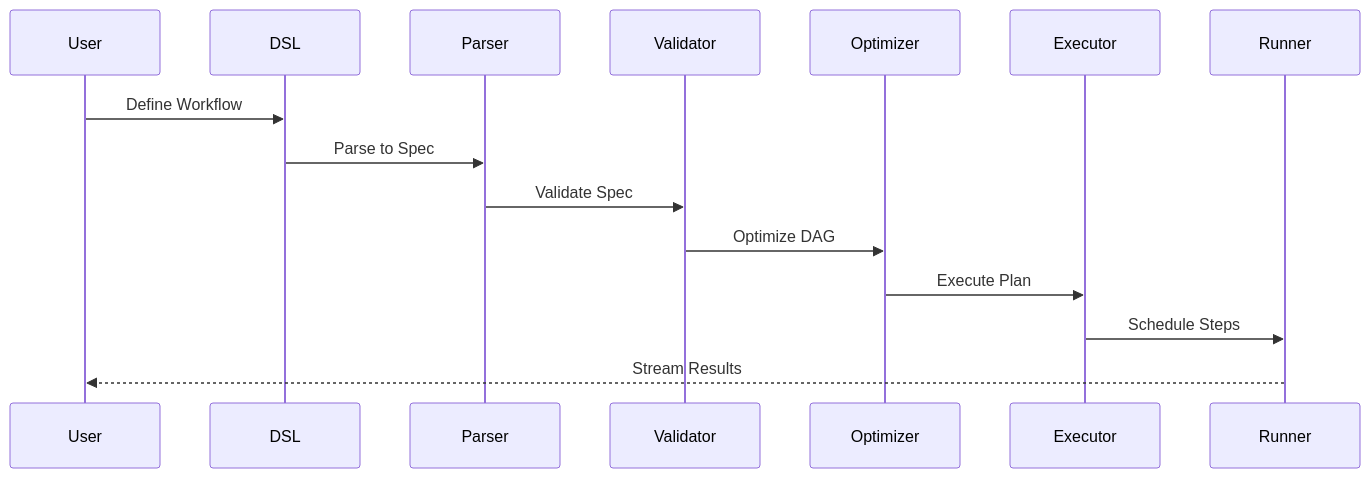
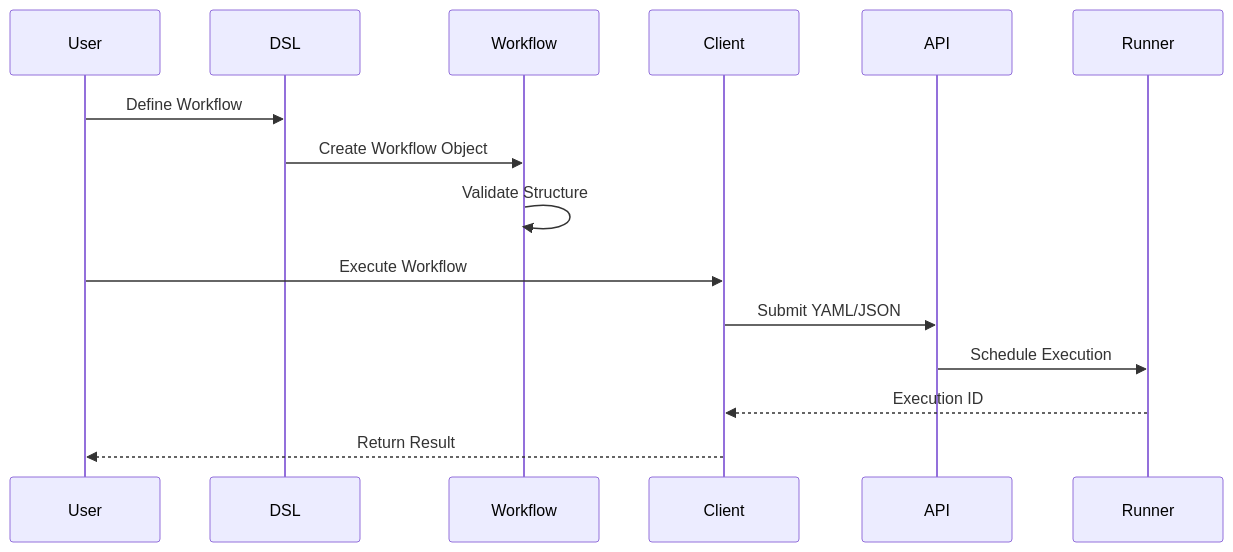
One commit to kubiyabot/workflow_sdk changed the second of 2 diagrams in docs/kubiya/sdk/overview.mdx. Above: the diagram before and after it, drawn with Mermaid. The commit also changed other lines of this file and 8 other files, not shown here.

````diff
--- a/docs/kubiya/sdk/overview.mdx
+++ b/docs/kubiya/sdk/overview.mdx
@@ -355,18 +392,18 @@
 ```mermaid
 sequenceDiagram
     participant User
     participant DSL
-    participant Parser
-    participant Validator
-    participant Optimizer
-    participant Executor
+    participant Workflow
+    participant Client
+    participant API
     participant Runner
     
     User->>DSL: Define Workflow
-    DSL->>Parser: Parse to Spec
-    Parser->>Validator: Validate Spec
-    Validator->>Optimizer: Optimize DAG
-    Optimizer->>Executor: Execute Plan
-    Executor->>Runner: Schedule Steps
-    Runner-->>User: Stream Results
+    DSL->>Workflow: Create Workflow Object
+    Workflow->>Workflow: Validate Structure
+    User->>Client: Execute Workflow
+    Client->>API: Submit YAML/JSON
+    API->>Runner: Schedule Execution
+    Runner-->>Client: Execution ID
+    Client-->>User: Return Result
 ```
````
